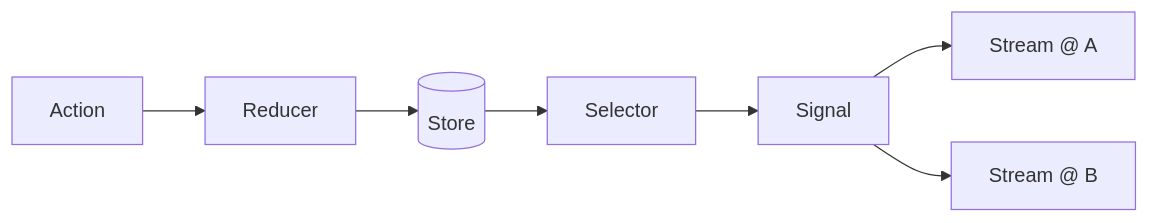
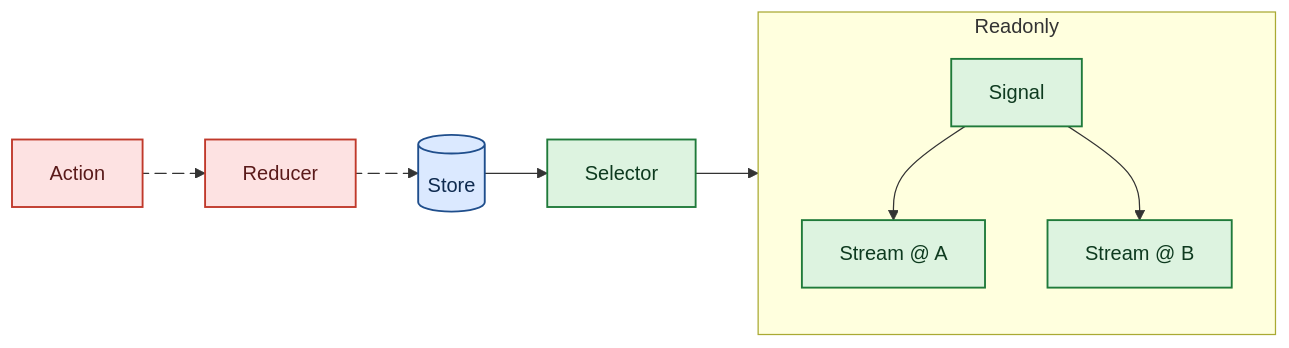
Before and after one commit to aacebo/rome: the first of 2 diagrams in docs/00.state.md, drawn with Mermaid. The commit also changed other lines of this file, not shown here.

````diff
--- a/docs/00.state.md
+++ b/docs/00.state.md
@@ -5,10 +13,32 @@
 ```mermaid
 flowchart LR
-    Action[Action] --> Reducer
-    Reducer --> State[(Store)]
+    Action[Action]:::mutate
+    Reducer:::mutate
+    State[(Store)]:::store
+    Selector[Selector]:::read
+    Signal:::read
+    StreamA[Stream @ A]:::read
+    StreamB[Stream @ B]:::read
 
-    State --> Selector[Selector]
-    Selector --> Signal
-    Signal --> StreamA[Stream @ A]
-    Signal --> StreamB[Stream @ B]
+    Action e1@--> Reducer
+    Reducer e2@--> State
+    State --> Selector
+    Selector --> Readonly
+
+    subgraph Readonly
+        direction TB
+        Signal:::read
+        StreamA:::read
+        StreamB:::read
+
+        Signal --> StreamA;
+        Signal --> StreamB;
+    end
+
+    e1@{ animate: true, animation: fast }
+    e2@{ animate: true, animation: fast }
+
+    classDef mutate fill:#fde2e2,stroke:#c0392b,stroke-width:1.5px,color:#5a1a1a
+    classDef store fill:#dbe9ff,stroke:#1f4e8c,stroke-width:1.5px,color:#0e2a4f
+    classDef read fill:#ddf3e0,stroke:#1f7a3a,stroke-width:1.5px,color:#0e3a1f
 ```
````
